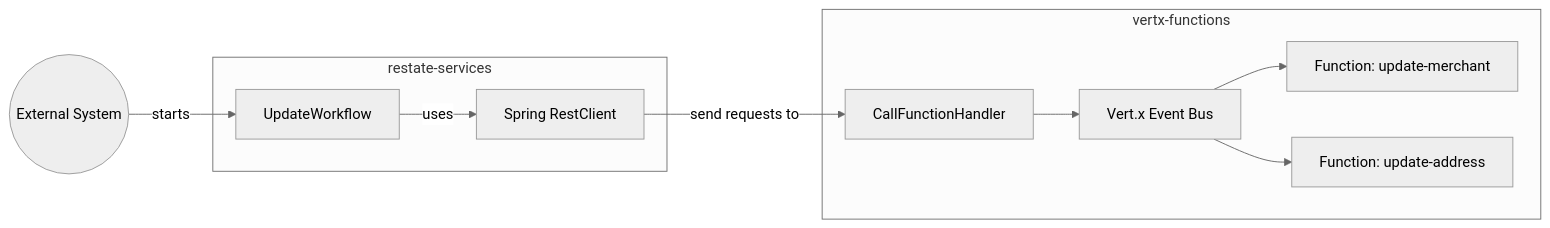
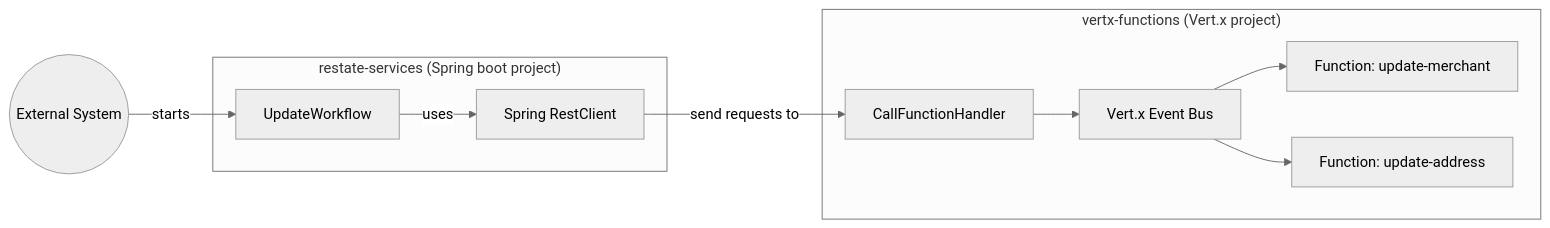
The first of 2 diagrams in README.md (slinkydeveloper/vertx-and-restate-workflows), drawn with Mermaid (neutral theme) before and after one commit. The commit also changed other lines of this file and 15 other files, not shown here.

Commit message:
Add another example of Vert.x + Restate in the same process

````diff
--- a/README.md
+++ b/README.md
@@ -8,22 +10,22 @@
 ```mermaid
 flowchart LR
     Caller((External System))
-    subgraph SpringBootProject["restate-services"]
+    subgraph SpringBootProject["restate-services (Spring boot project)"]
         Restate[UpdateWorkflow]
         RestClient[Spring RestClient]
     end
-    subgraph VertxProject["vertx-functions"]
+    subgraph VertxProject["vertx-functions (Vert.x project)"]
         Handler[CallFunctionHandler]
         EventBus[Vert.x Event Bus]
         F1[Function: update-merchant]
         F2[Function: update-address]
     end
 
     Caller -->|starts| Restate
 
     Restate -->|uses| RestClient
     RestClient -->|send requests to| Handler
     Handler --> EventBus
     EventBus --> F1
     EventBus --> F2
 ```
````
